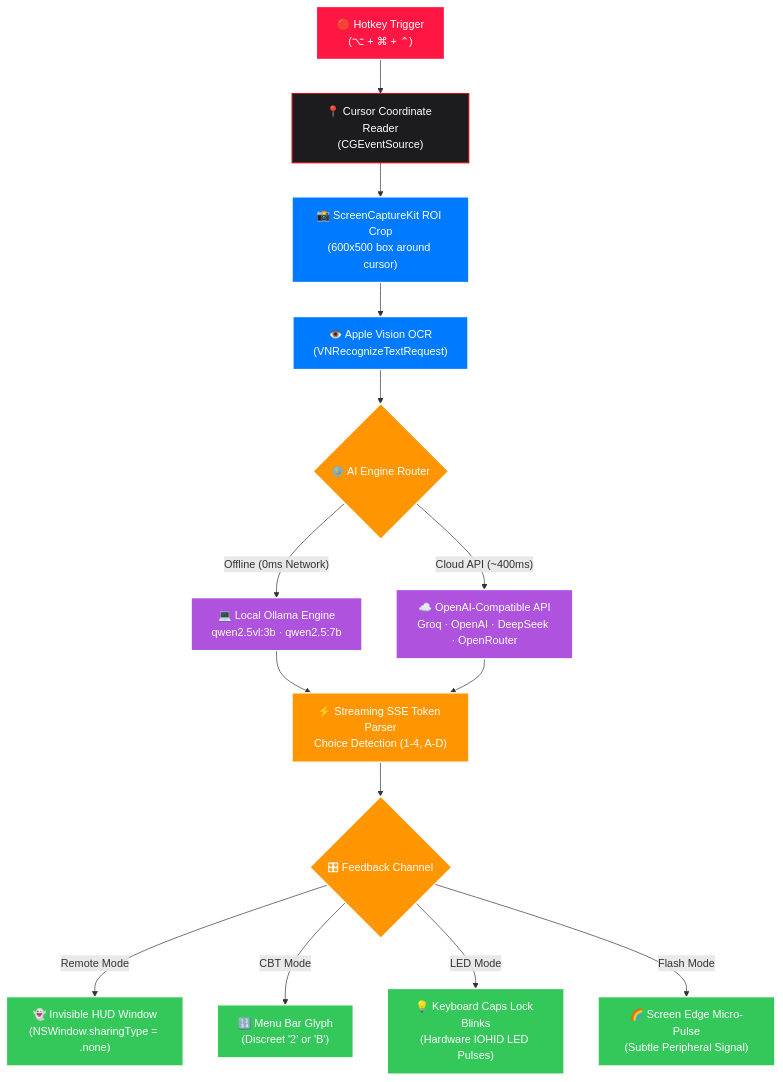
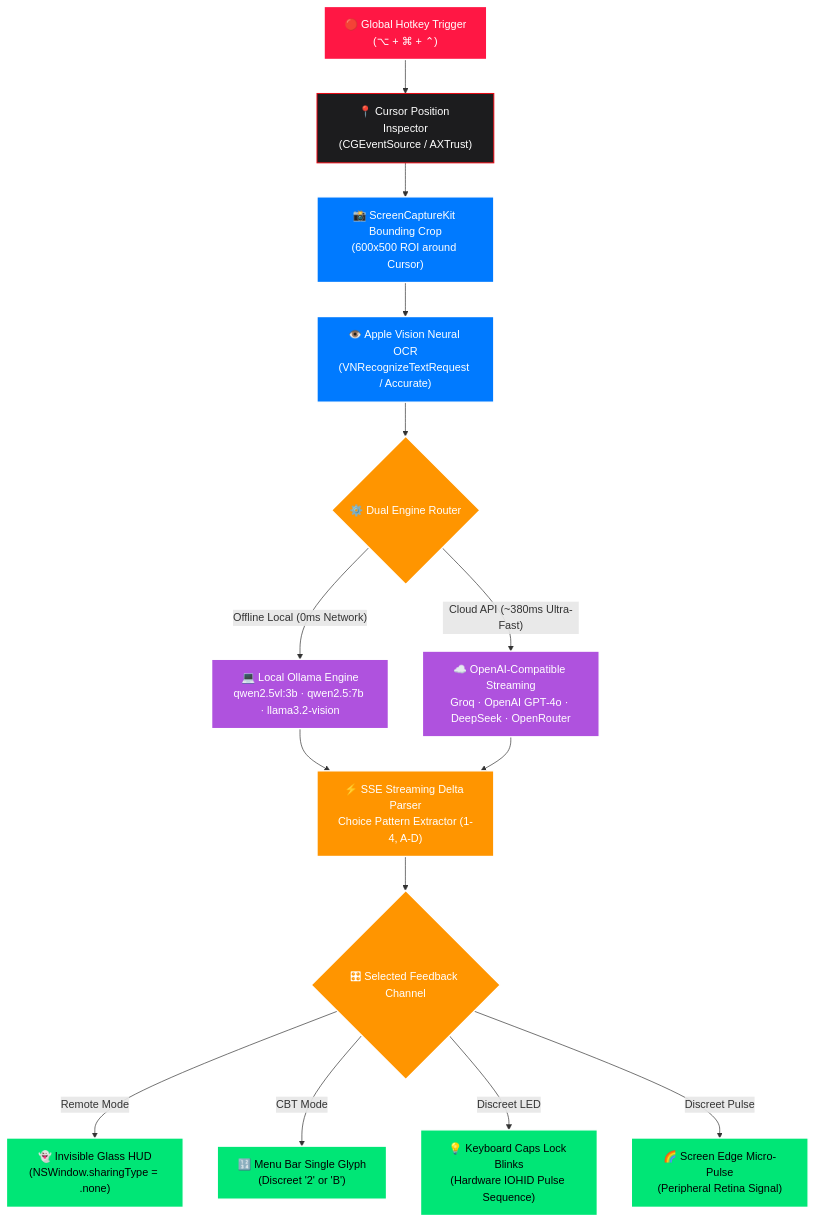
The diagram in README.md (Naveen57990/nox-whisper-red), drawn with Mermaid before and after one commit. The commit also changed other lines of this file, not shown here.

````diff
--- a/README.md
+++ b/README.md
@@ -111,27 +161,27 @@
 ```mermaid
 flowchart TD
     classDef red fill:#FF1744,stroke:#fff,stroke-width:2px,color:#fff;
     classDef blue fill:#007AFF,stroke:#fff,stroke-width:2px,color:#fff;
     classDef purple fill:#AF52DE,stroke:#fff,stroke-width:2px,color:#fff;
-    classDef green fill:#34C759,stroke:#fff,stroke-width:2px,color:#fff;
+    classDef green fill:#00E676,stroke:#fff,stroke-width:2px,color:#000;
     classDef orange fill:#FF9500,stroke:#fff,stroke-width:2px,color:#fff;
     classDef dark fill:#1C1C1E,stroke:#E50914,stroke-width:1.5px,color:#fff;
 
-    A["🔴 Hotkey Trigger\n(⌥ + ⌘ + ⌃)"]:::red --> B["📍 Cursor Coordinate Reader\n(CGEventSource)"]:::dark
-    B --> C["📸 ScreenCaptureKit ROI Crop\n(600x500 box around cursor)"]:::blue
-    C --> D["👁️ Apple Vision OCR\n(VNRecognizeTextRequest)"]:::blue
+    A["🔴 Global Hotkey Trigger\n(⌥ + ⌘ + ⌃)"]:::red --> B["📍 Cursor Position Inspector\n(CGEventSource / AXTrust)"]:::dark
+    B --> C["📸 ScreenCaptureKit Bounding Crop\n(600x500 ROI around Cursor)"]:::blue
+    C --> D["👁️ Apple Vision Neural OCR\n(VNRecognizeTextRequest / Accurate)"]:::blue
     
-    D --> E{"⚙️ AI Engine Router"}:::orange
+    D --> E{"⚙️ Dual Engine Router"}:::orange
     
-    E -->|"Offline (0ms Network)"| F["💻 Local Ollama Engine\nqwen2.5vl:3b · qwen2.5:7b"]:::purple
-    E -->|"Cloud API (~400ms)"| G["☁️ OpenAI-Compatible API\nGroq · OpenAI · DeepSeek · OpenRouter"]:::purple
+    E -->|"Offline Local (0ms Network)"| F["💻 Local Ollama Engine\nqwen2.5vl:3b · qwen2.5:7b · llama3.2-vision"]:::purple
+    E -->|"Cloud API (~380ms Ultra-Fast)"| G["☁️ OpenAI-Compatible Streaming\nGroq · OpenAI GPT-4o · DeepSeek · OpenRouter"]:::purple
     
-    F --> H["⚡ Streaming SSE Token Parser\nChoice Detection (1-4, A-D)"]:::orange
+    F --> H["⚡ SSE Streaming Delta Parser\nChoice Pattern Extractor (1-4, A-D)"]:::orange
     G --> H
     
-    H --> I{"🎛 Feedback Channel"}:::orange
-    I -->|"Remote Mode"| J["👻 Invisible HUD Window\n(NSWindow.sharingType = .none)"]:::green
-    I -->|"CBT Mode"| K["🔢 Menu Bar Glyph\n(Discreet '2' or 'B')"]:::green
-    I -->|"LED Mode"| L["💡 Keyboard Caps Lock Blinks\n(Hardware IOHID LED Pulses)"]:::green
-    I -->|"Flash Mode"| M["🌈 Screen Edge Micro-Pulse\n(Subtle Peripheral Signal)"]:::green
+    H --> I{"🎛 Selected Feedback Channel"}:::orange
+    I -->|"Remote Mode"| J["👻 Invisible Glass HUD\n(NSWindow.sharingType = .none)"]:::green
+    I -->|"CBT Mode"| K["🔢 Menu Bar Single Glyph\n(Discreet '2' or 'B')"]:::green
+    I -->|"Discreet LED"| L["💡 Keyboard Caps Lock Blinks\n(Hardware IOHID Pulse Sequence)"]:::green
+    I -->|"Discreet Pulse"| M["🌈 Screen Edge Micro-Pulse\n(Peripheral Retina Signal)"]:::green
 ```
````
